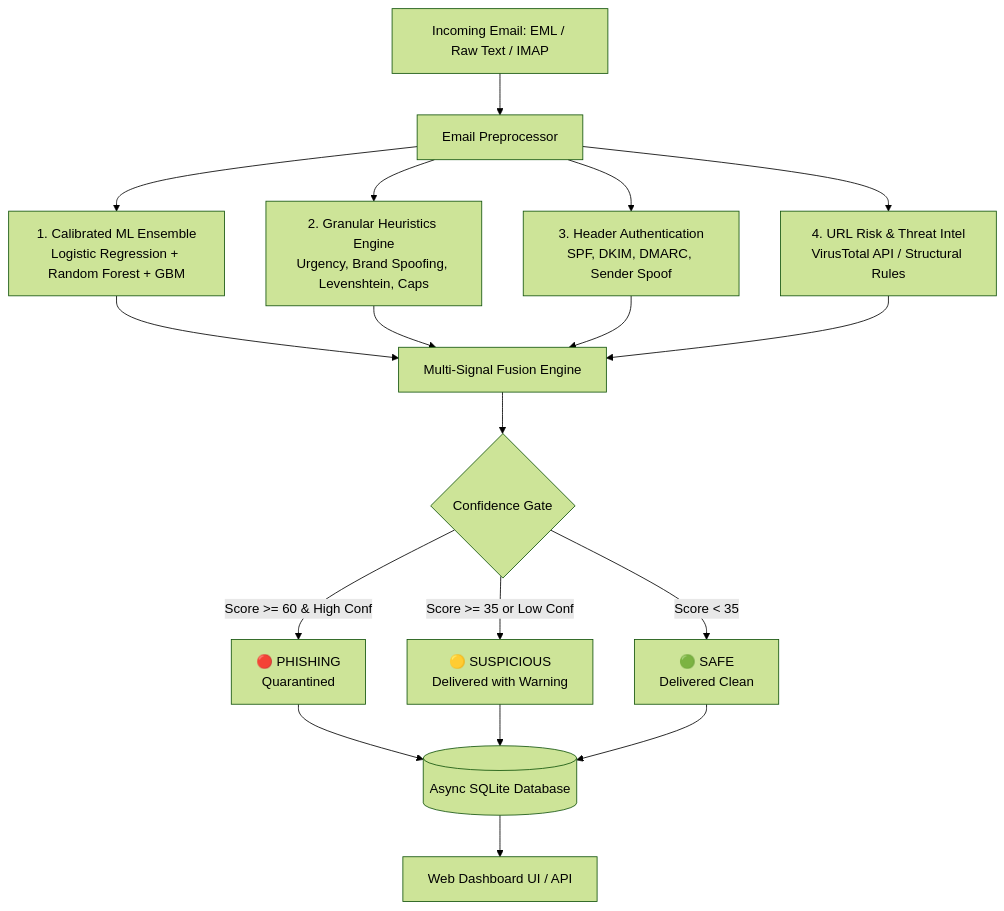
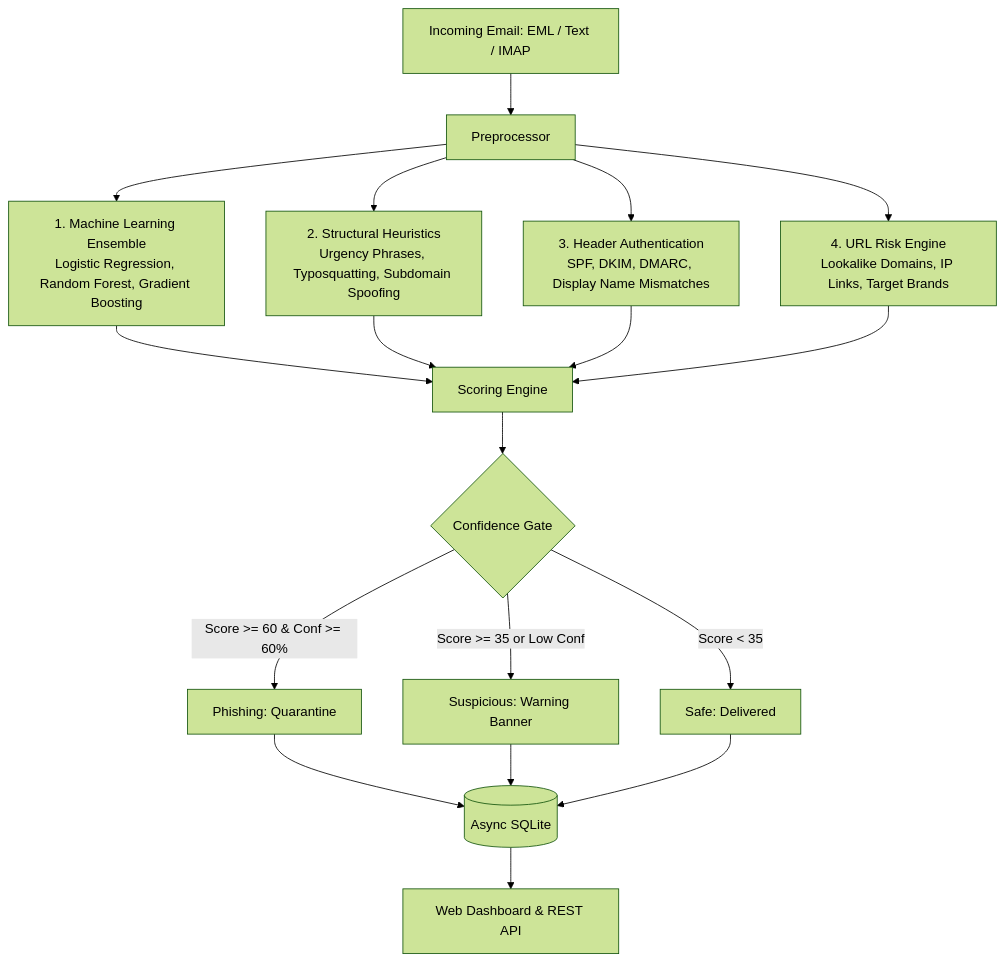
Before and after one commit to hackergovind/phishing-analyzer: the diagram in README.md, drawn with Mermaid (forest theme). The commit also changed other lines of this file and 4 other files, not shown here.

````diff
--- a/README.md
+++ b/README.md
@@ -8,23 +5,23 @@
 ```mermaid
 graph TD
-    A[Incoming Email: EML / Raw Text / IMAP] --> B[Email Preprocessor]
-    B --> C1[1. Calibrated ML Ensemble\nLogistic Regression + Random Forest + GBM]
-    B --> C2[2. Granular Heuristics Engine\nUrgency, Brand Spoofing, Levenshtein, Caps]
-    B --> C3[3. Header Authentication\nSPF, DKIM, DMARC, Sender Spoof]
-    B --> C4[4. URL Risk & Threat Intel\nVirusTotal API / Structural Rules]
+    A[Incoming Email: EML / Text / IMAP] --> B[Preprocessor]
+    B --> C1[1. Machine Learning Ensemble\nLogistic Regression, Random Forest, Gradient Boosting]
+    B --> C2[2. Structural Heuristics\nUrgency Phrases, Typosquatting, Subdomain Spoofing]
+    B --> C3[3. Header Authentication\nSPF, DKIM, DMARC, Display Name Mismatches]
+    B --> C4[4. URL Risk Engine\nLookalike Domains, IP Links, Target Brands]
     
-    C1 --> D[Multi-Signal Fusion Engine]
+    C1 --> D[Scoring Engine]
     C2 --> D
     C3 --> D
     C4 --> D
     
     D --> E{Confidence Gate}
-    E -->|Score >= 60 & High Conf| F[🔴 PHISHING\nQuarantined]
-    E -->|Score >= 35 or Low Conf| G[🟡 SUSPICIOUS\nDelivered with Warning]
-    E -->|Score < 35| H[🟢 SAFE\nDelivered Clean]
+    E -->|Score >= 60 & Conf >= 60%| F[Phishing: Quarantine]
+    E -->|Score >= 35 or Low Conf| G[Suspicious: Warning Banner]
+    E -->|Score < 35| H[Safe: Delivered]
     
-    F --> I[(Async SQLite Database)]
+    F --> I[(Async SQLite)]
     G --> I
     H --> I
-    I --> J[Web Dashboard UI / API]
+    I --> J[Web Dashboard & REST API]
 ```
````
